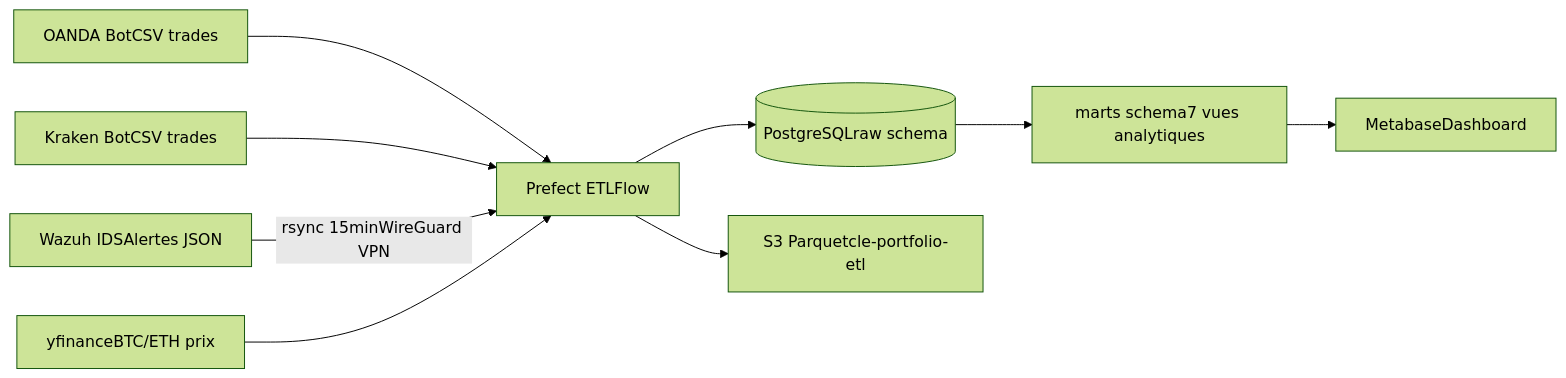
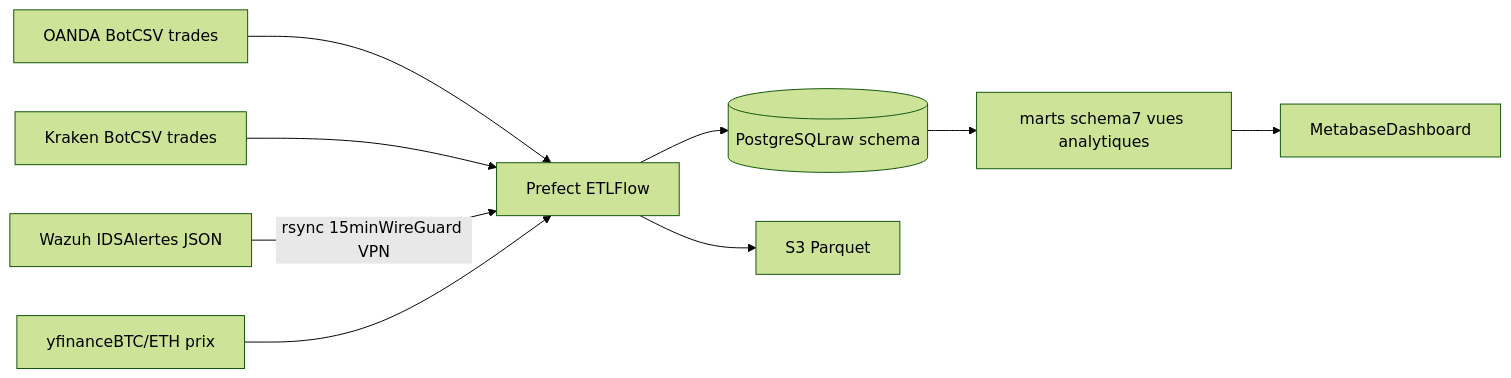
Before and after one commit to Luisbuilds-data/algo-trading-etl-: the diagram in README.md, drawn with Mermaid (forest theme). The commit also changed other lines of this file and 4 other files, not shown here.

````diff
--- a/README.md
+++ b/README.md
@@ -19,11 +19,11 @@
 ```mermaid
 graph LR
     A[OANDA BotCSV trades] --> C[Prefect ETLFlow]
     B[Kraken BotCSV trades] --> C
     D[Wazuh IDSAlertes JSON] -->|rsync 15minWireGuard VPN| C
     E[yfinanceBTC/ETH prix] --> C
     C --> F[(PostgreSQLraw schema)]
-    C --> G[S3 Parquetcle-portfolio-etl]
+    C --> G[S3 Parquet<your-s3-bucket>]
     F --> H[marts schema7 vues analytiques]
     H --> I[MetabaseDashboard]
 ```
````
